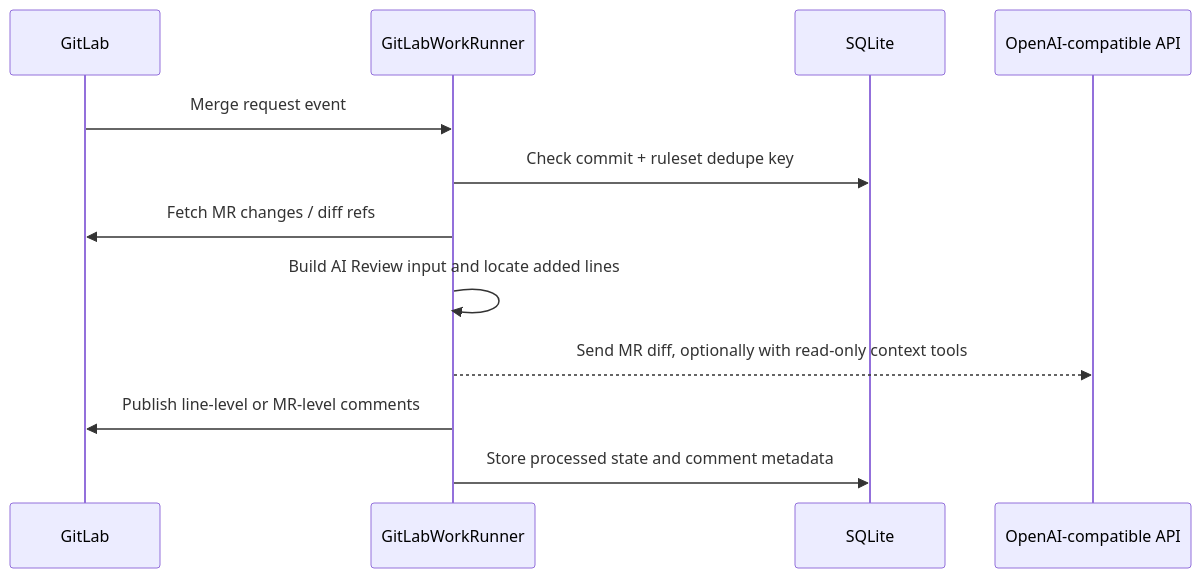
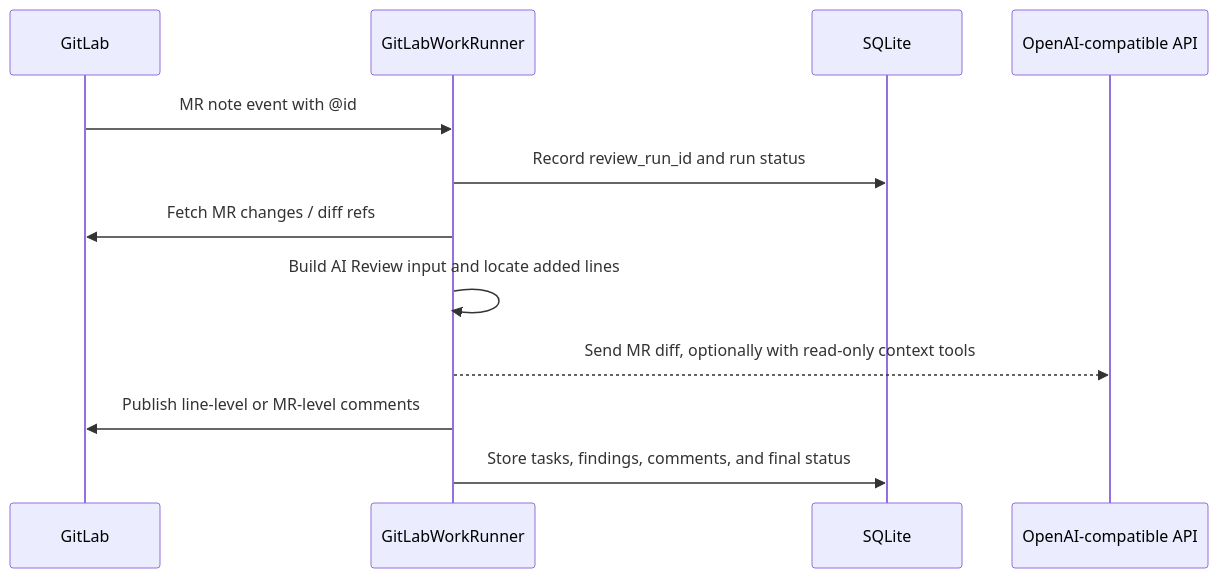
Before and after one commit to SwartzMss/GitLabWorkRunner: the second of 2 diagrams in README.en.md, drawn with Mermaid. The commit also changed other lines of this file and 1 other file, not shown here.

Commit message:
docs: sync manual review workflow docs

````diff
--- a/README.en.md
+++ b/README.en.md
@@ -26,15 +26,15 @@
 ```mermaid
 sequenceDiagram
     participant GitLab
     participant Runner as GitLabWorkRunner
     participant DB as SQLite
     participant AI as OpenAI-compatible API
 
-    GitLab->>Runner: Merge request event
-    Runner->>DB: Check commit + ruleset dedupe key
+    GitLab->>Runner: MR note event with @id
+    Runner->>DB: Record review_run_id and run status
     Runner->>GitLab: Fetch MR changes / diff refs
     Runner->>Runner: Build AI Review input and locate added lines
     Runner-->>AI: Send MR diff, optionally with read-only context tools
     Runner->>GitLab: Publish line-level or MR-level comments
-    Runner->>DB: Store processed state and comment metadata
+    Runner->>DB: Store tasks, findings, comments, and final status
 ```
````
